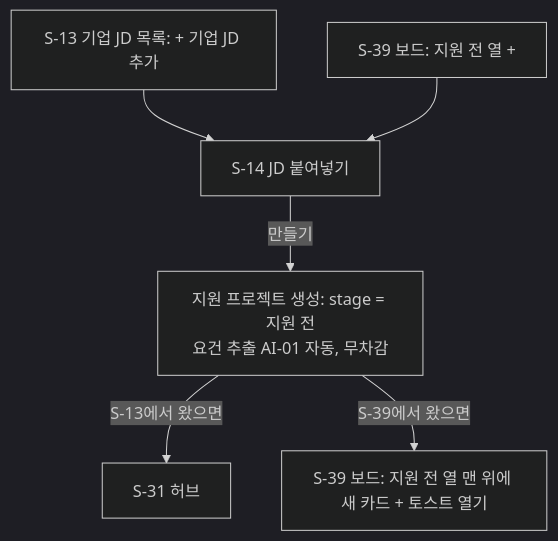
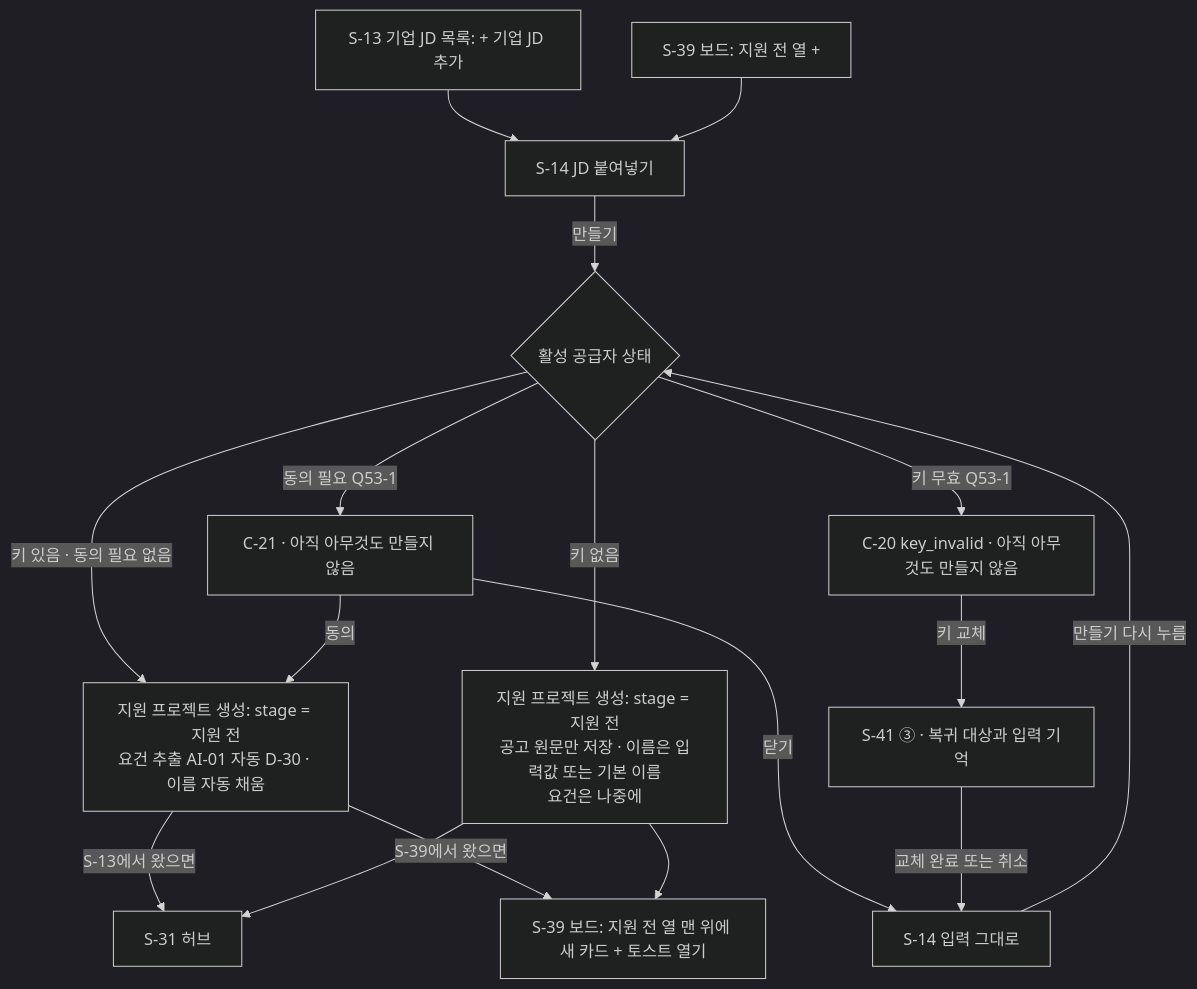
Before and after one commit to j-hyunn/resumate: the fifth of 20 diagrams in docs/planning/02-user-flows.md, drawn with Mermaid (dark theme). The commit also changed other lines of this file and 7 other files, not shown here.

````diff
--- a/docs/planning/02-user-flows.md
+++ b/docs/planning/02-user-flows.md
@@ -283,8 +309,19 @@
 ```mermaid
 flowchart TD
   A[S-13 기업 JD 목록: + 기업 JD 추가] --> B[S-14 JD 붙여넣기]
   A2[S-39 보드: 지원 전 열 +] --> B
-  B -->|만들기| C[지원 프로젝트 생성: stage = 지원 전<br/>요건 추출 AI-01 자동, 무차감]
+  B -->|만들기| K{활성 공급자 상태}
+  K -->|키 있음 · 동의 필요 없음| C[지원 프로젝트 생성: stage = 지원 전<br/>요건 추출 AI-01 자동 D-30 · 이름 자동 채움]
+  K -->|키 없음| C0[지원 프로젝트 생성: stage = 지원 전<br/>공고 원문만 저장 · 이름은 입력값 또는 기본 이름<br/>요건은 나중에]
+  K -->|동의 필요 Q53-1| CN[C-21 · 아직 아무것도 만들지 않음]
+  CN -->|동의| C
+  CN -->|닫기| B1[S-14 입력 그대로]
+  K -->|키 무효 Q53-1| KI[C-20 key_invalid · 아직 아무것도 만들지 않음]
+  KI -->|키 교체| KR[S-41 ③ · 복귀 대상과 입력 기억]
+  KR -->|교체 완료 또는 취소| B1
+  B1 -->|만들기 다시 누름| K
   C -->|S-13에서 왔으면| D[S-31 허브]
   C -->|S-39에서 왔으면| E[S-39 보드: 지원 전 열 맨 위에 새 카드 + 토스트 열기]
+  C0 --> D
+  C0 --> E
 ```
````
